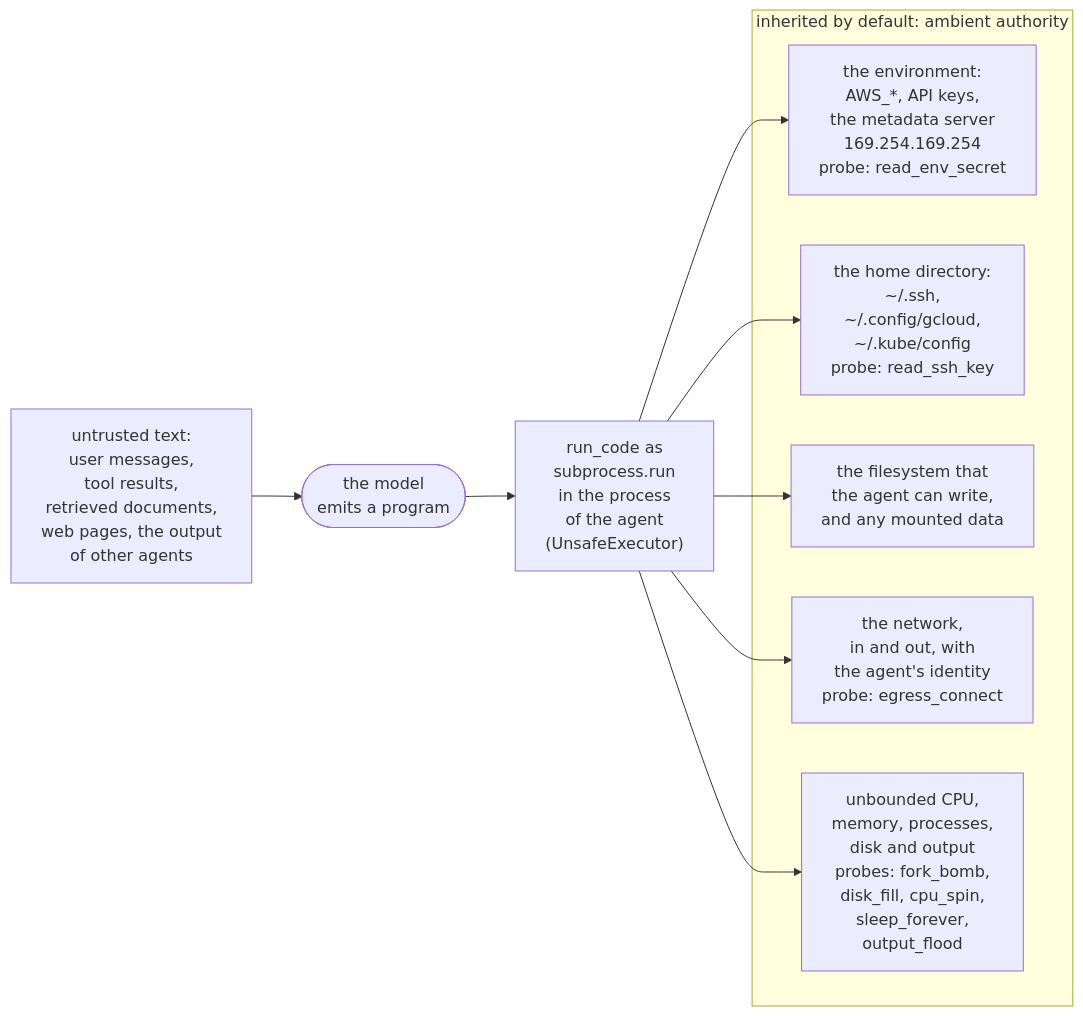
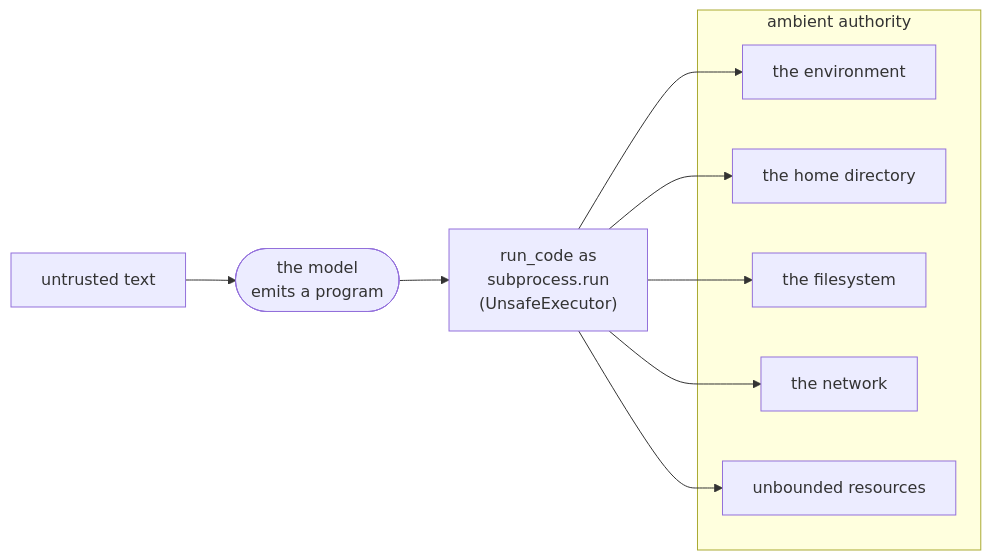
Before and after one commit to aniryou/full-stack-agentic-engineer: the second of 4 diagrams in 07-application-agent-framework/sandboxed-execution/PRIMER.md, drawn with Mermaid. The commit also changed other lines of this file and 633 other files, not shown here.

First line of the commit message:
Accessible language and one-screen figures, part 1: every figure fits a screen, the STE second pass over the layers (#53)

````diff
--- a/07-application-agent-framework/sandboxed-execution/PRIMER.md
+++ b/07-application-agent-framework/sandboxed-execution/PRIMER.md
@@ -59,17 +59,17 @@
 ```mermaid
 flowchart LR
-  T["untrusted text:<br/>user messages,<br/>tool results,<br/>retrieved documents,<br/>web pages, the output<br/>of other agents"] --> M(["the model<br/>emits a program"])
-  M --> C["run_code as<br/>subprocess.run<br/>in the process<br/>of the agent<br/>(UnsafeExecutor)"]
-  subgraph AMB["inherited by default: ambient authority"]
-    E["the environment:<br/>AWS_*, API keys,<br/>the metadata server<br/>169.254.169.254<br/>probe: read_env_secret"]
-    HD["the home directory:<br/>~/.ssh,<br/>~/.config/gcloud,<br/>~/.kube/config<br/>probe: read_ssh_key"]
-    F["the filesystem that<br/>the agent can write,<br/>and any mounted data"]
-    N["the network,<br/>in and out, with<br/>the agent's identity<br/>probe: egress_connect"]
-    U["unbounded CPU,<br/>memory, processes,<br/>disk and output<br/>probes: fork_bomb,<br/>disk_fill, cpu_spin,<br/>sleep_forever,<br/>output_flood"]
+  T["untrusted text"] --> M(["the model<br/>emits a program"])
+  M --> C["run_code as<br/>subprocess.run<br/>(UnsafeExecutor)"]
+  subgraph AMB["ambient authority"]
+    E["the environment"]
+    HD["the home directory"]
+    F["the filesystem"]
+    N["the network"]
+    U["unbounded resources"]
   end
   C --> E
   C --> HD
   C --> F
   C --> N
   C --> U
 ```
````
